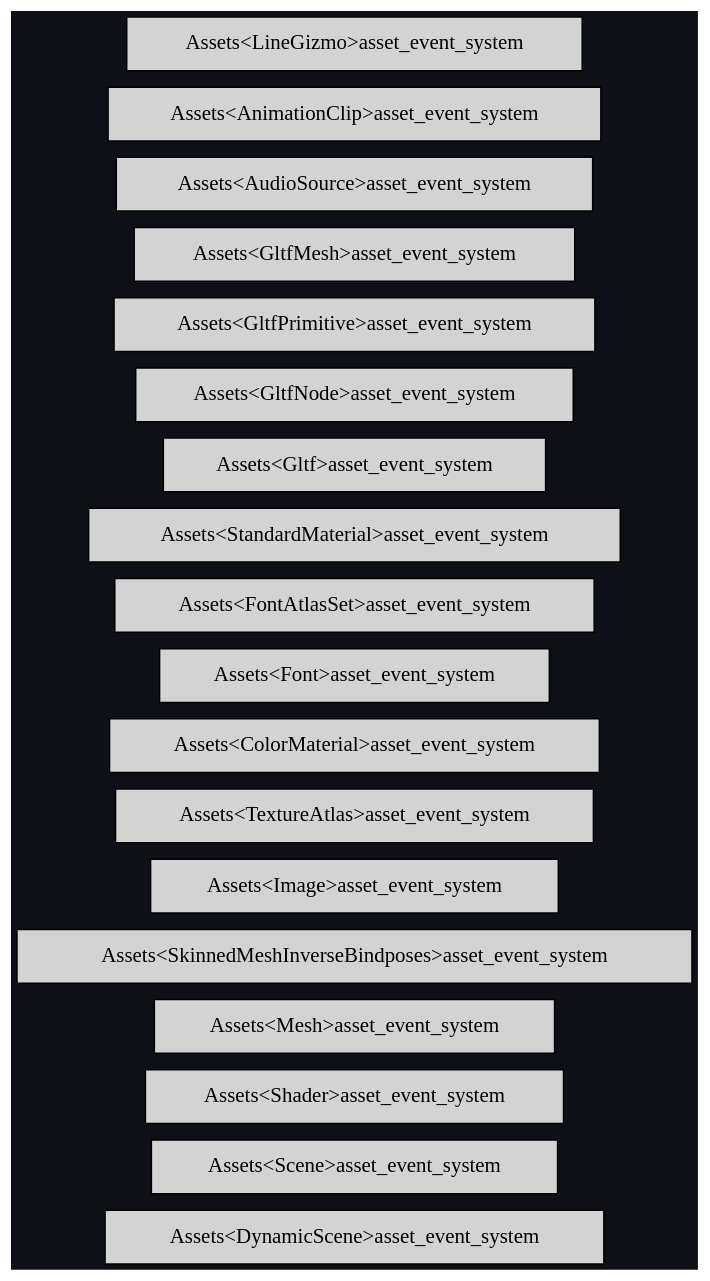
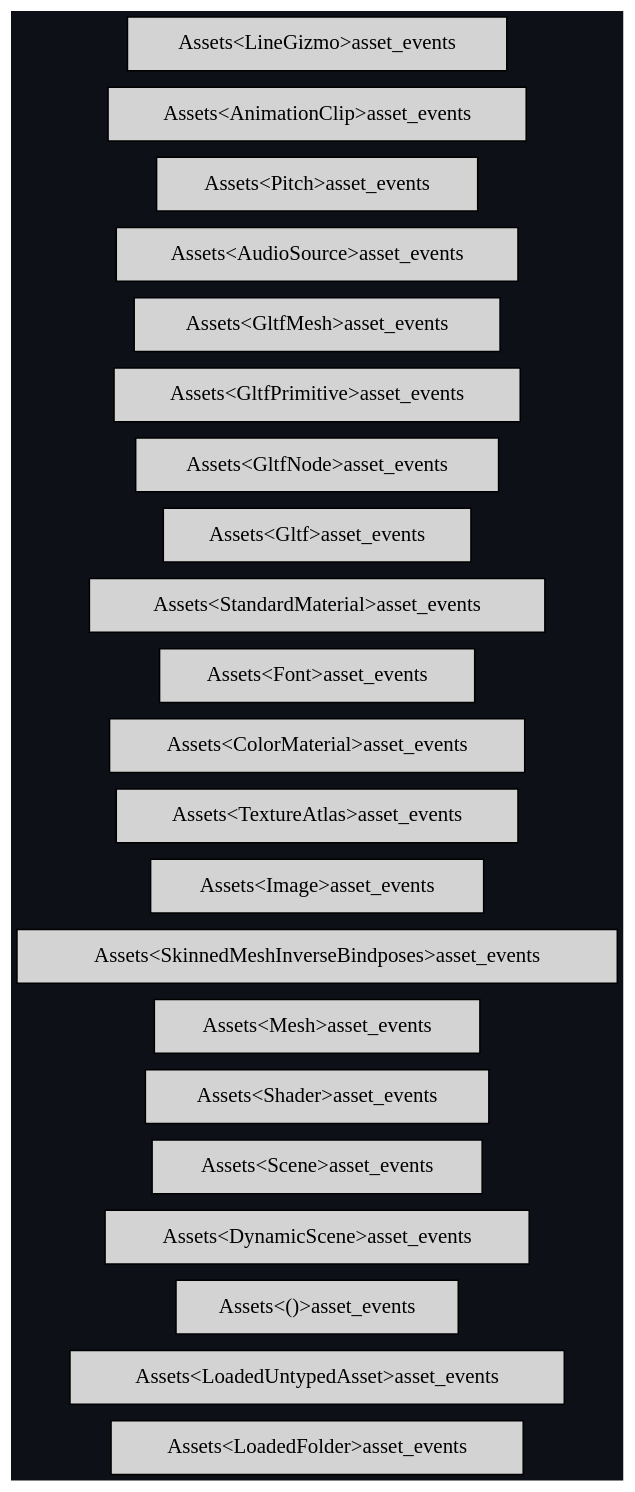
The diagram in docs/schedule/dark/schedule_AssetEvents.dot (jakobhellermann/bevy_mod_debugdump), drawn with Graphviz before and after one commit. The commit also changed 60 other files, not shown here.

```diff
--- a/docs/schedule/dark/schedule_AssetEvents.dot
+++ b/docs/schedule/dark/schedule_AssetEvents.dot
@@ -1,28 +1,31 @@
 digraph "" {
 	"compound"="true";
 	"splines"="spline";
 	"rankdir"="LR";
 	"bgcolor"="#0d1117";
 	"fontname"="Helvetica";
 	"nodesep"="0.15";
 	edge ["penwidth"="2"];
 	node ["shape"="box", "style"="filled"];
-	"node_System(0)" ["label"="Assets<DynamicScene>asset_event_system", "tooltip"="bevy_asset::assets::Assets<bevy_scene::dynamic_scene::DynamicScene>::asset_event_system"]
-	"node_System(1)" ["label"="Assets<Scene>asset_event_system", "tooltip"="bevy_asset::assets::Assets<bevy_scene::scene::Scene>::asset_event_system"]
-	"node_System(2)" ["label"="Assets<Shader>asset_event_system", "tooltip"="bevy_asset::assets::Assets<bevy_render::render_resource::shader::Shader>::asset_event_system"]
-	"node_System(3)" ["label"="Assets<Mesh>asset_event_system", "tooltip"="bevy_asset::assets::Assets<bevy_render::mesh::mesh::Mesh>::asset_event_system"]
-	"node_System(4)" ["label"="Assets<SkinnedMeshInverseBindposes>asset_event_system", "tooltip"="bevy_asset::assets::Assets<bevy_render::mesh::mesh::skinning::SkinnedMeshInverseBindposes>::asset_event_system"]
-	"node_System(5)" ["label"="Assets<Image>asset_event_system", "tooltip"="bevy_asset::assets::Assets<bevy_render::texture::image::Image>::asset_event_system"]
-	"node_System(6)" ["label"="Assets<TextureAtlas>asset_event_system", "tooltip"="bevy_asset::assets::Assets<bevy_sprite::texture_atlas::TextureAtlas>::asset_event_system"]
-	"node_System(7)" ["label"="Assets<ColorMaterial>asset_event_system", "tooltip"="bevy_asset::assets::Assets<bevy_sprite::mesh2d::color_material::ColorMaterial>::asset_event_system"]
-	"node_System(8)" ["label"="Assets<Font>asset_event_system", "tooltip"="bevy_asset::assets::Assets<bevy_text::font::Font>::asset_event_system"]
-	"node_System(9)" ["label"="Assets<FontAtlasSet>asset_event_system", "tooltip"="bevy_asset::assets::Assets<bevy_text::font_atlas_set::FontAtlasSet>::asset_event_system"]
-	"node_System(10)" ["label"="Assets<StandardMaterial>asset_event_system", "tooltip"="bevy_asset::assets::Assets<bevy_pbr::pbr_material::StandardMaterial>::asset_event_system"]
-	"node_System(11)" ["label"="Assets<Gltf>asset_event_system", "tooltip"="bevy_asset::assets::Assets<bevy_gltf::Gltf>::asset_event_system"]
-	"node_System(12)" ["label"="Assets<GltfNode>asset_event_system", "tooltip"="bevy_asset::assets::Assets<bevy_gltf::GltfNode>::asset_event_system"]
-	"node_System(13)" ["label"="Assets<GltfPrimitive>asset_event_system", "tooltip"="bevy_asset::assets::Assets<bevy_gltf::GltfPrimitive>::asset_event_system"]
-	"node_System(14)" ["label"="Assets<GltfMesh>asset_event_system", "tooltip"="bevy_asset::assets::Assets<bevy_gltf::GltfMesh>::asset_event_system"]
-	"node_System(15)" ["label"="Assets<AudioSource>asset_event_system", "tooltip"="bevy_asset::assets::Assets<bevy_audio::audio_source::AudioSource>::asset_event_system"]
-	"node_System(16)" ["label"="Assets<AnimationClip>asset_event_system", "tooltip"="bevy_asset::assets::Assets<bevy_animation::AnimationClip>::asset_event_system"]
-	"node_System(17)" ["label"="Assets<LineGizmo>asset_event_system", "tooltip"="bevy_asset::assets::Assets<bevy_gizmos::LineGizmo>::asset_event_system"]
+	"node_System(0)" ["label"="Assets<LoadedFolder>asset_events", "tooltip"="bevy_asset::assets::Assets<bevy_asset::folder::LoadedFolder>::asset_events"]
+	"node_System(1)" ["label"="Assets<LoadedUntypedAsset>asset_events", "tooltip"="bevy_asset::assets::Assets<bevy_asset::assets::LoadedUntypedAsset>::asset_events"]
+	"node_System(2)" ["label"="Assets<()>asset_events", "tooltip"="bevy_asset::assets::Assets<()>::asset_events"]
+	"node_System(3)" ["label"="Assets<DynamicScene>asset_events", "tooltip"="bevy_asset::assets::Assets<bevy_scene::dynamic_scene::DynamicScene>::asset_events"]
+	"node_System(4)" ["label"="Assets<Scene>asset_events", "tooltip"="bevy_asset::assets::Assets<bevy_scene::scene::Scene>::asset_events"]
+	"node_System(5)" ["label"="Assets<Shader>asset_events", "tooltip"="bevy_asset::assets::Assets<bevy_render::render_resource::shader::Shader>::asset_events"]
+	"node_System(6)" ["label"="Assets<Mesh>asset_events", "tooltip"="bevy_asset::assets::Assets<bevy_render::mesh::mesh::Mesh>::asset_events"]
+	"node_System(7)" ["label"="Assets<SkinnedMeshInverseBindposes>asset_events", "tooltip"="bevy_asset::assets::Assets<bevy_render::mesh::mesh::skinning::SkinnedMeshInverseBindposes>::asset_events"]
+	"node_System(8)" ["label"="Assets<Image>asset_events", "tooltip"="bevy_asset::assets::Assets<bevy_render::texture::image::Image>::asset_events"]
+	"node_System(9)" ["label"="Assets<TextureAtlas>asset_events", "tooltip"="bevy_asset::assets::Assets<bevy_sprite::texture_atlas::TextureAtlas>::asset_events"]
+	"node_System(10)" ["label"="Assets<ColorMaterial>asset_events", "tooltip"="bevy_asset::assets::Assets<bevy_sprite::mesh2d::color_material::ColorMaterial>::asset_events"]
+	"node_System(11)" ["label"="Assets<Font>asset_events", "tooltip"="bevy_asset::assets::Assets<bevy_text::font::Font>::asset_events"]
+	"node_System(12)" ["label"="Assets<StandardMaterial>asset_events", "tooltip"="bevy_asset::assets::Assets<bevy_pbr::pbr_material::StandardMaterial>::asset_events"]
+	"node_System(13)" ["label"="Assets<Gltf>asset_events", "tooltip"="bevy_asset::assets::Assets<bevy_gltf::Gltf>::asset_events"]
+	"node_System(14)" ["label"="Assets<GltfNode>asset_events", "tooltip"="bevy_asset::assets::Assets<bevy_gltf::GltfNode>::asset_events"]
+	"node_System(15)" ["label"="Assets<GltfPrimitive>asset_events", "tooltip"="bevy_asset::assets::Assets<bevy_gltf::GltfPrimitive>::asset_events"]
+	"node_System(16)" ["label"="Assets<GltfMesh>asset_events", "tooltip"="bevy_asset::assets::Assets<bevy_gltf::GltfMesh>::asset_events"]
+	"node_System(17)" ["label"="Assets<AudioSource>asset_events", "tooltip"="bevy_asset::assets::Assets<bevy_audio::audio_source::AudioSource>::asset_events"]
+	"node_System(18)" ["label"="Assets<Pitch>asset_events", "tooltip"="bevy_asset::assets::Assets<bevy_audio::pitch::Pitch>::asset_events"]
+	"node_System(19)" ["label"="Assets<AnimationClip>asset_events", "tooltip"="bevy_asset::assets::Assets<bevy_animation::AnimationClip>::asset_events"]
+	"node_System(20)" ["label"="Assets<LineGizmo>asset_events", "tooltip"="bevy_asset::assets::Assets<bevy_gizmos::LineGizmo>::asset_events"]
 }
```
